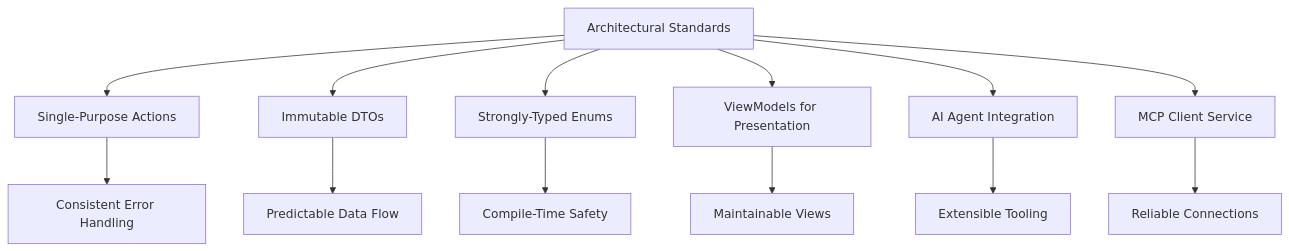
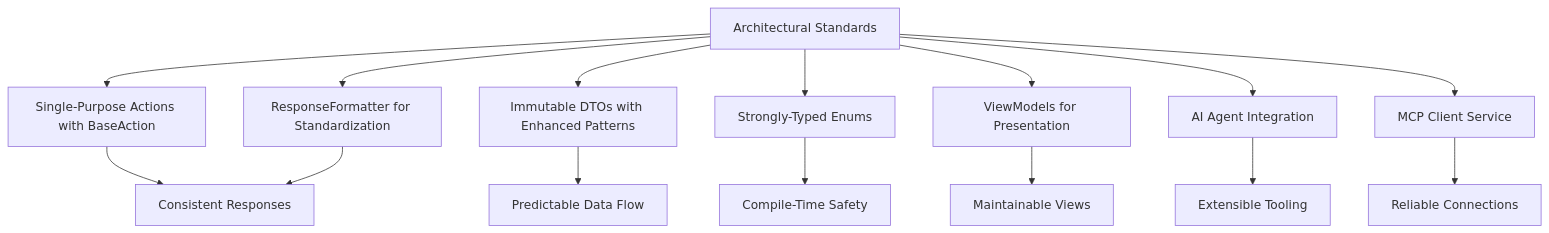
Before and after one commit to siimliimand/laravel-assistant: the ninth of 10 diagrams in .qoder/repowiki/en/content/Architectural Standards Specification.md, drawn with Mermaid. The commit also changed other lines of this file and 8 other files, not shown here.

First line of the commit message:
docs(actions): add PrepareChatViewAction and update architecture docs

````diff
--- a/.qoder/repowiki/en/content/Architectural Standards Specification.md
+++ b/.qoder/repowiki/en/content/Architectural Standards Specification.md
@@ -405,15 +497,17 @@
 ```mermaid
 graph TB
-Standards["Architectural Standards"] --> Actions["Single-Purpose Actions"]
-Standards --> DTOs["Immutable DTOs"]
+Standards["Architectural Standards"] --> Actions["Single-Purpose Actions with BaseAction"]
+Standards --> DTOs["Immutable DTOs with Enhanced Patterns"]
 Standards --> Enums["Strongly-Typed Enums"]
 Standards --> VM["ViewModels for Presentation"]
+Standards --> RF["ResponseFormatter for Standardization"]
 Standards --> AI["AI Agent Integration"]
 Standards --> MCP["MCP Client Service"]
 Actions --> Consistency["Consistent Error Handling"]
 DTOs --> Predictability["Predictable Data Flow"]
 Enums --> Safety["Compile-Time Safety"]
 VM --> Maintainability["Maintainable Views"]
+RF --> Consistency["Consistent Responses"]
 AI --> Extensibility["Extensible Tooling"]
 MCP --> Reliability["Reliable Connections"]
 ```
````
